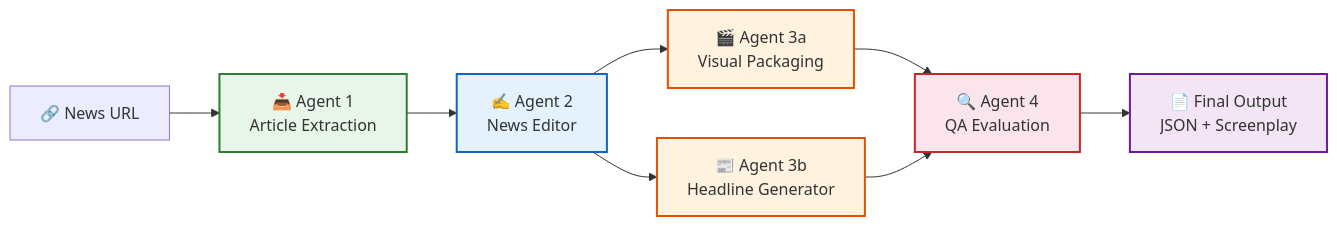
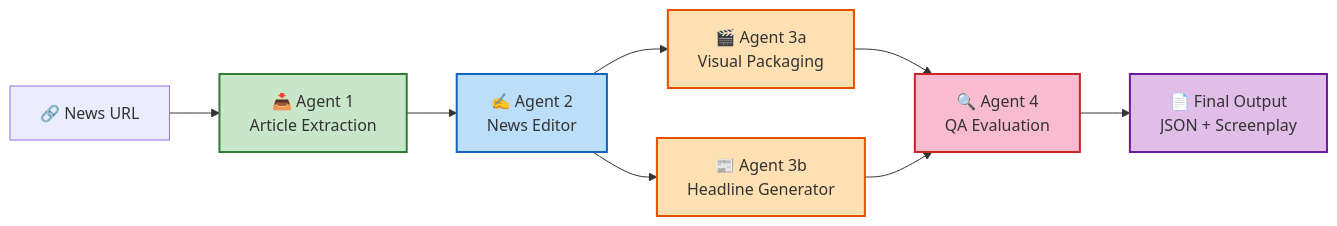
Before and after one commit to rohanjain1648/LOQO-AI: the first of 12 diagrams in README.md, drawn with Mermaid. The commit also changed other lines of this file, not shown here.

````diff
--- a/README.md
+++ b/README.md
@@ -74,17 +74,17 @@
 ```mermaid
 graph LR
     URL["🔗 News URL"] --> A1["📥 Agent 1<br/>Article Extraction"]
     A1 --> A2["✍️ Agent 2<br/>News Editor"]
     A2 --> A3a["🎬 Agent 3a<br/>Visual Packaging"]
     A2 --> A3b["📰 Agent 3b<br/>Headline Generator"]
     A3a --> A4["🔍 Agent 4<br/>QA Evaluation"]
     A3b --> A4
     A4 --> OUT["📄 Final Output<br/>JSON + Screenplay"]
 
-    style A1 fill:#e8f5e9,stroke:#2e7d32,stroke-width:2px
-    style A2 fill:#e3f2fd,stroke:#1565c0,stroke-width:2px
-    style A3a fill:#fff3e0,stroke:#e65100,stroke-width:2px
-    style A3b fill:#fff3e0,stroke:#e65100,stroke-width:2px
-    style A4 fill:#fce4ec,stroke:#c62828,stroke-width:2px
-    style OUT fill:#f3e5f5,stroke:#6a1b9a,stroke-width:2px
+    style A1 fill:#c8e6c9,stroke:#2e7d32,stroke-width:2px
+    style A2 fill:#bbdefb,stroke:#1565c0,stroke-width:2px
+    style A3a fill:#ffe0b2,stroke:#e65100,stroke-width:2px
+    style A3b fill:#ffe0b2,stroke:#e65100,stroke-width:2px
+    style A4 fill:#f8bbd0,stroke:#c62828,stroke-width:2px
+    style OUT fill:#e1bee7,stroke:#6a1b9a,stroke-width:2px
 ```
````
